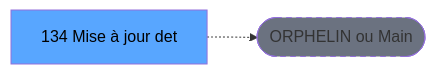
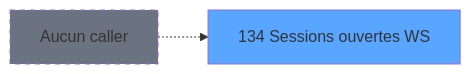
Before and after one commit to thonyAGP/magic-migration: the second of 3 diagrams in .openspec/specs/ADH-IDE-134.md, drawn with Mermaid. The commit also changed other lines of this file and 311 other files, not shown here.

````diff
--- a/.openspec/specs/ADH-IDE-134.md
+++ b/.openspec/specs/ADH-IDE-134.md
@@ -130,8 +146,8 @@
 ```mermaid
 graph LR
-    T[134 Mise à jour det]
-    ORPHAN([ORPHELIN ou Main])
-    T -.-> ORPHAN
-    style T fill:#58a6ff,color:#000
-    style ORPHAN fill:#6b7280,stroke-dasharray: 5 5
+    T134[134 Sessions ouvertes WS]
+    style T134 fill:#58a6ff
+    NONE[Aucun caller]
+    NONE -.-> T134
+    style NONE fill:#6b7280,stroke-dasharray: 5 5
 ```
````
